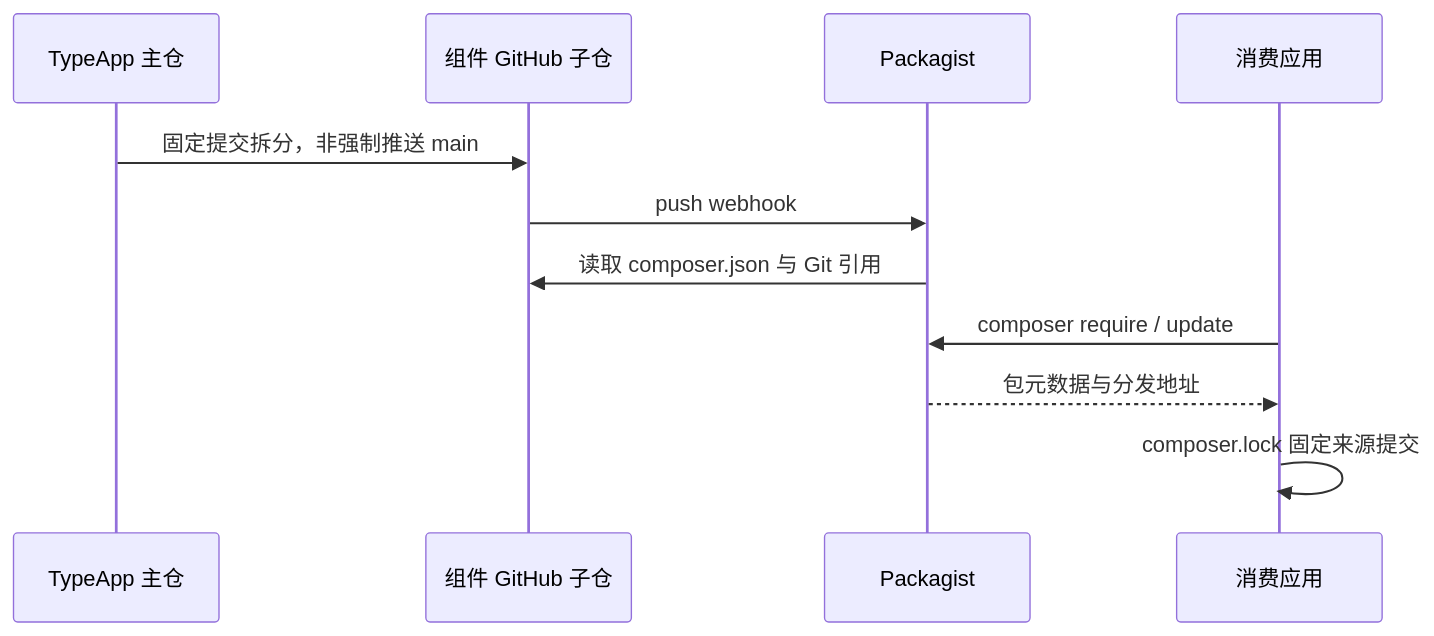
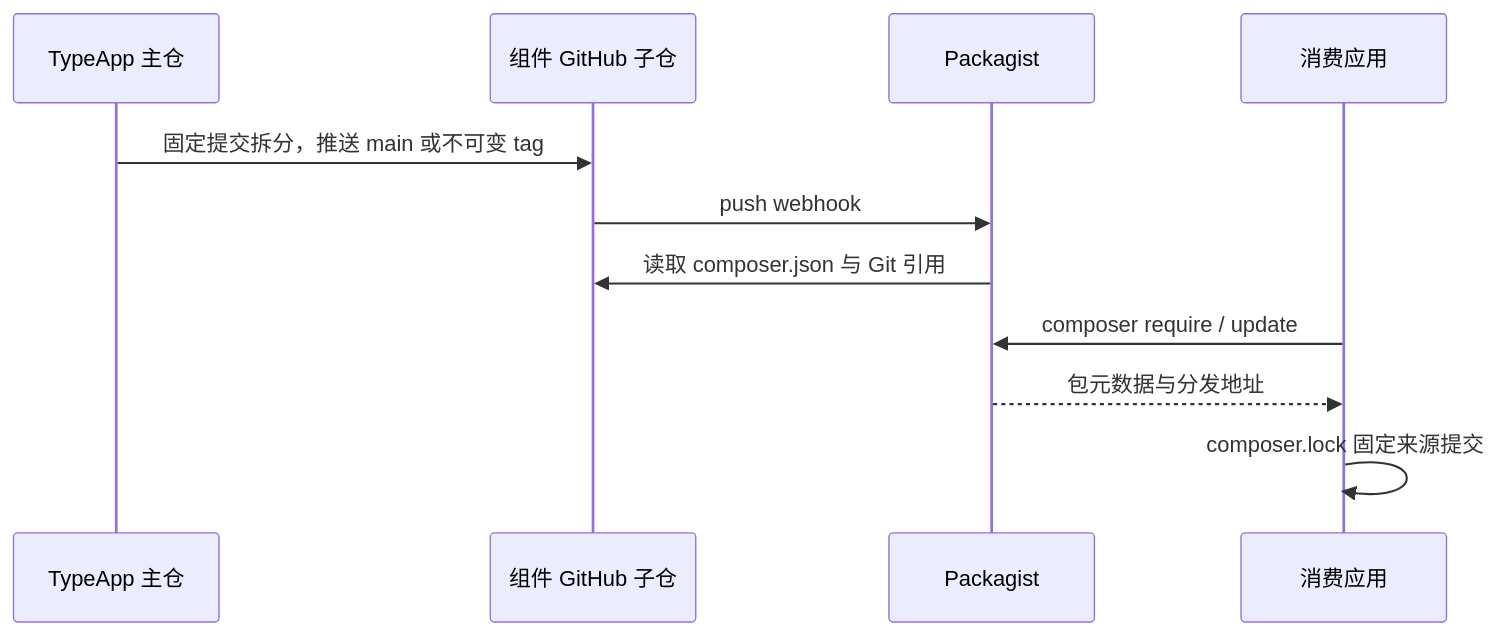
The diagram in docs/development/component-structure.md (zoujingli/typeapp), drawn with Mermaid before and after one commit. The commit also changed other lines of this file and 31 other files, not shown here.

Commit message:
docs(release): 细化版本安装与组件图示并记录候选验收边界

````diff
--- a/docs/development/component-structure.md
+++ b/docs/development/component-structure.md
@@ -91,13 +93,13 @@
 ```mermaid
 sequenceDiagram
   participant Main as TypeApp 主仓
   participant Repo as 组件 GitHub 子仓
   participant Index as Packagist
   participant App as 消费应用
-  Main->>Repo: 固定提交拆分，非强制推送 main
+  Main->>Repo: 固定提交拆分，推送 main 或不可变 tag
   Repo->>Index: push webhook
   Index->>Repo: 读取 composer.json 与 Git 引用
   App->>Index: composer require / update
   Index-->>App: 包元数据与分发地址
   App->>App: composer.lock 固定来源提交
 ```
````
